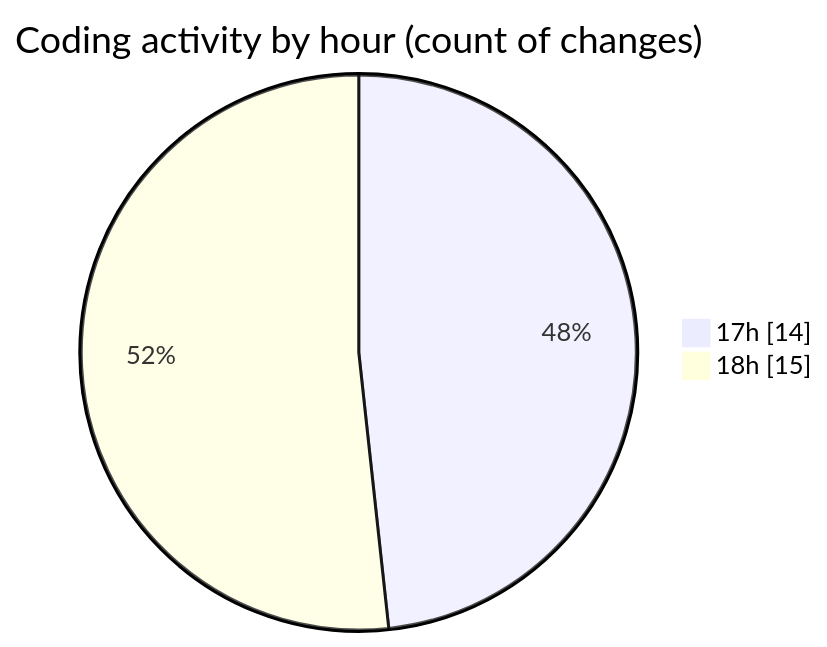
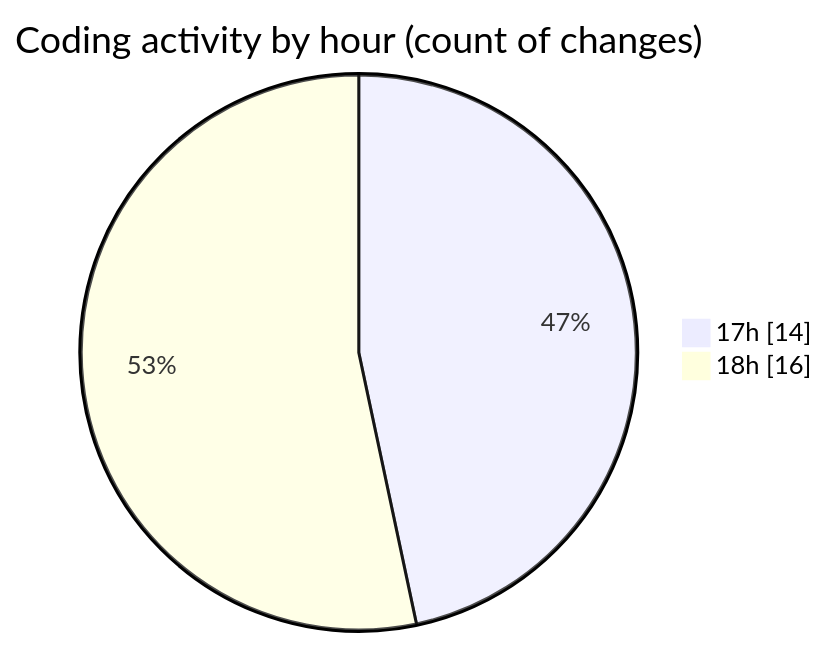
One commit to idhammustaqopulfikri/code-tracking changed the second of 2 diagrams in 2025-10-05/lapangan-futsal/README.md. Above: the diagram before and after it, drawn with Mermaid. The commit also changed other lines of this file and 1 other file, not shown here.

````diff
--- a/2025-10-05/lapangan-futsal/README.md
+++ b/2025-10-05/lapangan-futsal/README.md
@@ -48,6 +49,6 @@
 ```mermaid
 pie showData
 title Coding activity by hour (count of changes)
 "17h" : 14
-"18h" : 15
+"18h" : 16
 ```
````
